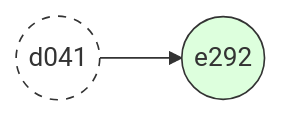
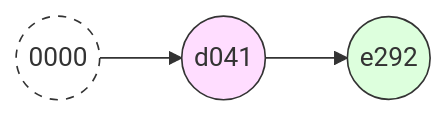
Before and after one commit to sugitlab/git_workshop_slidev: diagram 20 of 36 in slides.md, drawn with Mermaid. The commit also changed other lines of this file, not shown here.

````diff
--- a/slides.md
+++ b/slides.md
@@ -1626,8 +1612,10 @@
 ```mermaid
 graph LR
-  d01((d041))
+  d01((0000))
+  d02((d041))
   d03((e292))
   style d01 fill:#fff,stroke:#333,stroke-width:1px,stroke-dasharray: 5 5
+  style d02 fill:#fdf,stroke:#333,stroke-width:1px
   style d03 fill:#dfd,stroke:#333,stroke-width:1px
-  d01 --> d03
+  d01 --> d02 --> d03
 ```
````
